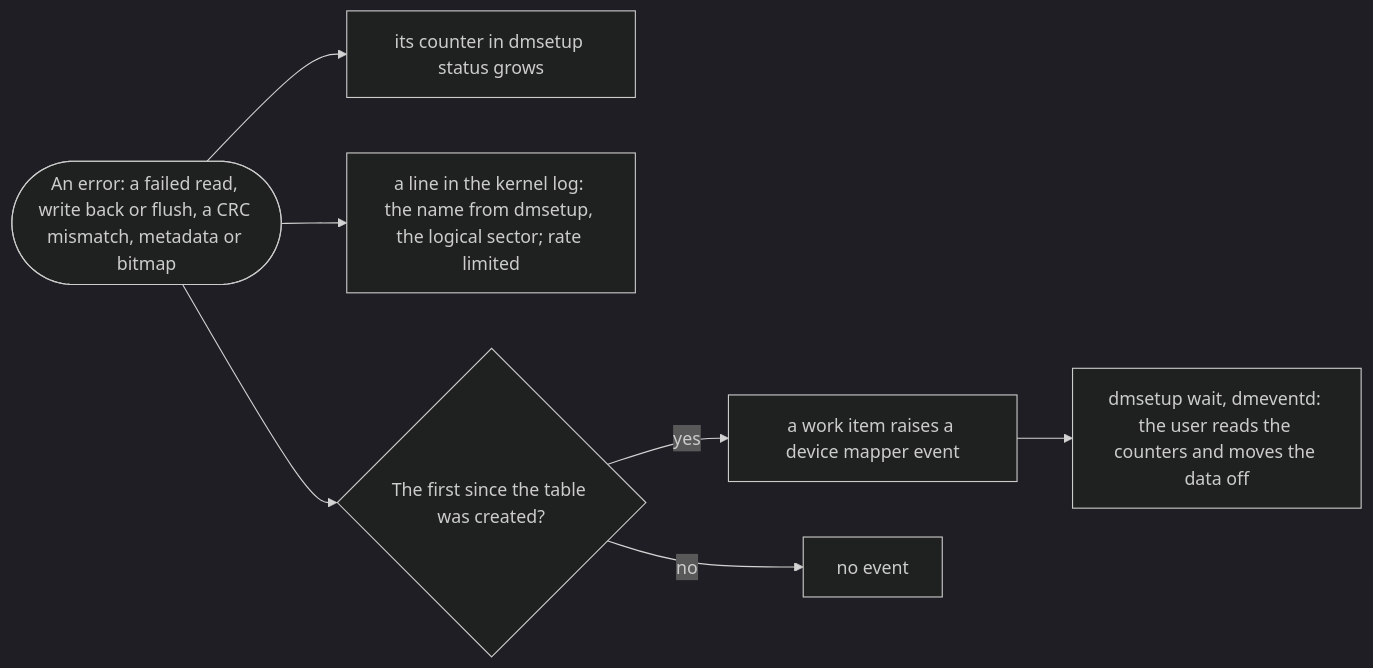
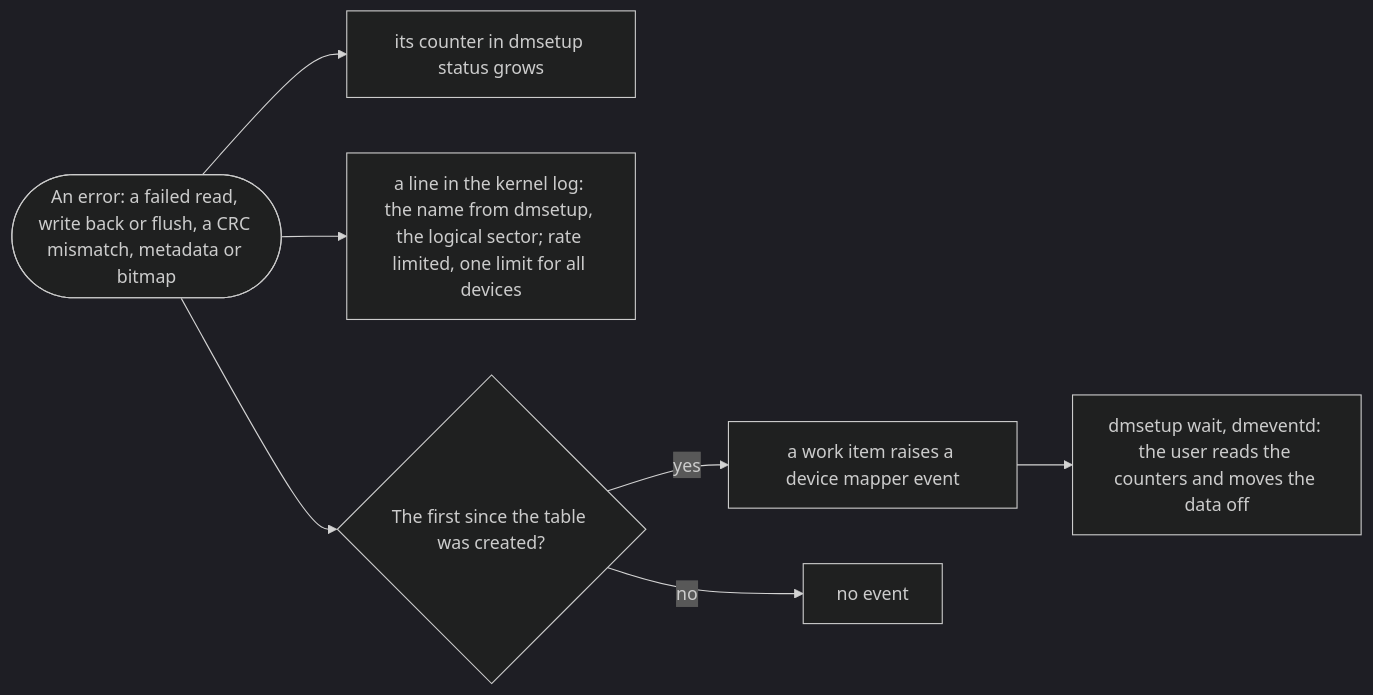
One commit to Dx-by-Dy/Automatic-Error-Correction-Driver changed diagram 14 of 22 in docs/en/DIAGRAMS.md. Above: the diagram before and after it, drawn with Mermaid (dark theme). The commit also changed other lines of this file and 15 other files, not shown here.

````diff
--- a/docs/en/DIAGRAMS.md
+++ b/docs/en/DIAGRAMS.md
@@ -363,9 +377,9 @@
 ```mermaid
 flowchart LR
     err(["An error: a failed read, write back or flush, a CRC mismatch, metadata or bitmap"]) --> cnt["its counter in dmsetup status grows"]
-    err --> log["a line in the kernel log: the name from dmsetup, the logical sector; rate limited"]
+    err --> log["a line in the kernel log: the name from dmsetup, the logical sector; rate limited, one limit for all devices"]
     err --> first{"The first since the table was created?"}
     first -- yes --> ev["a work item raises a device mapper event"]
     ev --> wait["dmsetup wait, dmeventd: the user reads the counters and moves the data off"]
     first -- no --> none["no event"]
 ```
````
